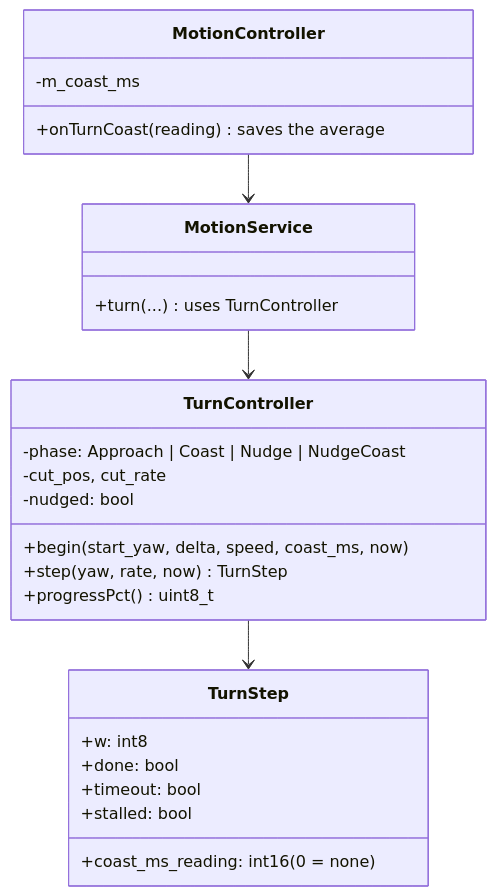
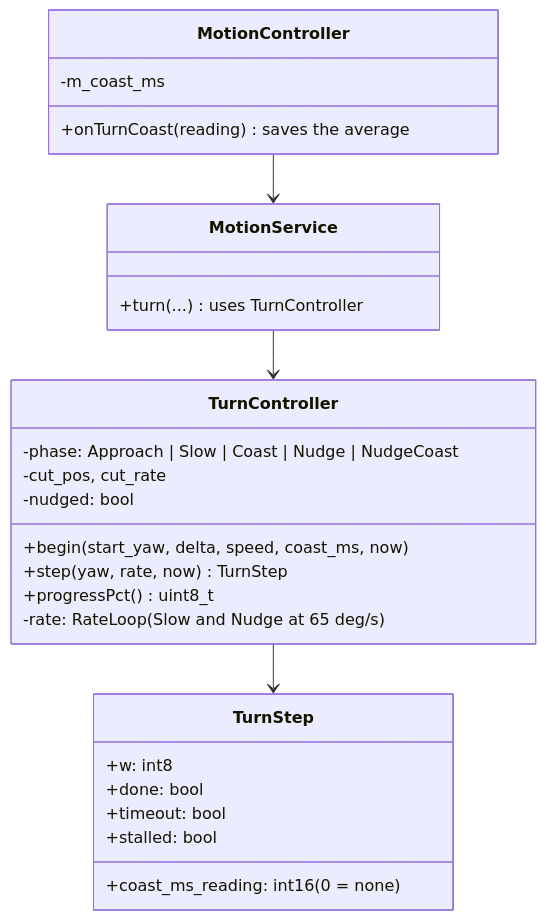
Diagram 50 of 51 in docs/lld/esp32-bridge-lld.md (mannuray/conqueror), drawn with Mermaid before and after one commit. The commit also changed other lines of this file and 1 other file, not shown here.

Commit message:
docs: bridge LLD R18 approved - slow to the slowest smooth spin, then the learned cut

````diff
--- a/docs/lld/esp32-bridge-lld.md
+++ b/docs/lld/esp32-bridge-lld.md
@@ -2038,28 +2042,29 @@
 ```mermaid
 classDiagram
   class TurnController {
     +begin(start_yaw, delta, speed, coast_ms, now)
     +step(yaw, rate, now) TurnStep
     +progressPct() uint8_t
-    -phase: Approach | Coast | Nudge | NudgeCoast
+    -phase: Approach | Slow | Coast | Nudge | NudgeCoast
+    -rate: RateLoop (Slow and Nudge at 65 deg/s)
     -cut_pos, cut_rate
     -nudged: bool
   }
   class TurnStep {
     +w: int8
     +done: bool
     +timeout: bool
     +stalled: bool
     +coast_ms_reading: int16  (0 = none)
   }
   class MotionService {
     +turn(...) uses TurnController
   }
   class MotionController {
     -m_coast_ms
     +onTurnCoast(reading) saves the average
   }
   TurnController --> TurnStep
   MotionService --> TurnController
   MotionController --> MotionService
 ```
````
